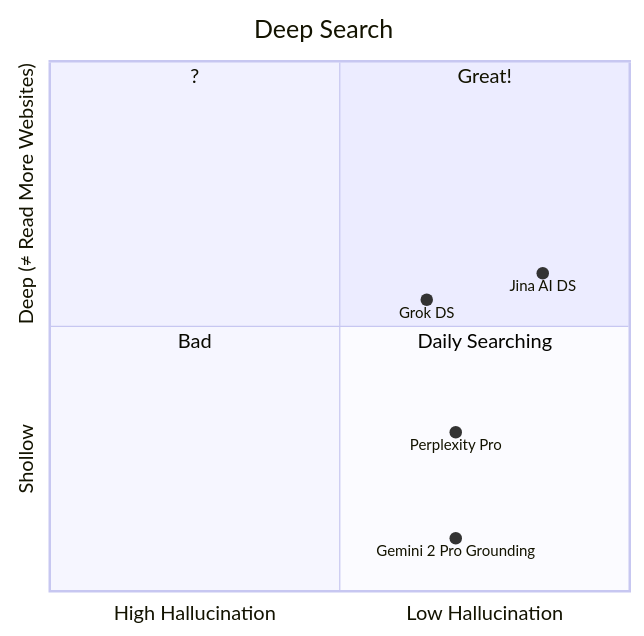
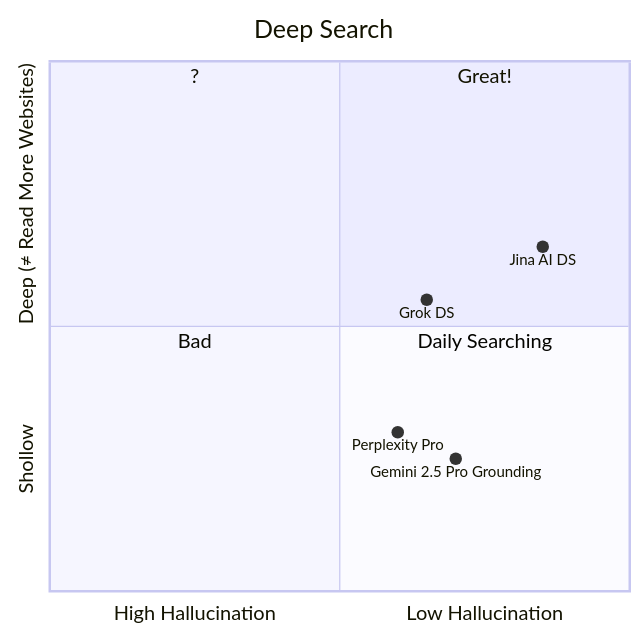
Before and after one commit to RarityBrown/blog: the first of 2 diagrams in blog/AI/free_LLM.md, drawn with Mermaid.

````diff
--- a/blog/AI/free_LLM.md
+++ b/blog/AI/free_LLM.md
@@ -17,16 +17,16 @@
 ```mermaid
 quadrantChart
     title Deep Search
     x-axis High Hallucination --> Low Hallucination
     y-axis Shollow --> "Deep (≠ Read More Websites)"
     
     quadrant-1 Great!
     quadrant-2 ?
     quadrant-3 Bad
     quadrant-4 Daily Searching
     
     Grok DS: [0.65, 0.55]
-    Perplexity Pro: [0.7, 0.3]
-    Jina AI DS: [0.85, 0.60]
-    Gemini 2 Pro Grounding: [0.7, 0.1]
+    Perplexity Pro: [0.6, 0.3]
+    Jina AI DS: [0.85, 0.65]
+    Gemini 2.5 Pro Grounding: [0.7, 0.25]
 ```
````
